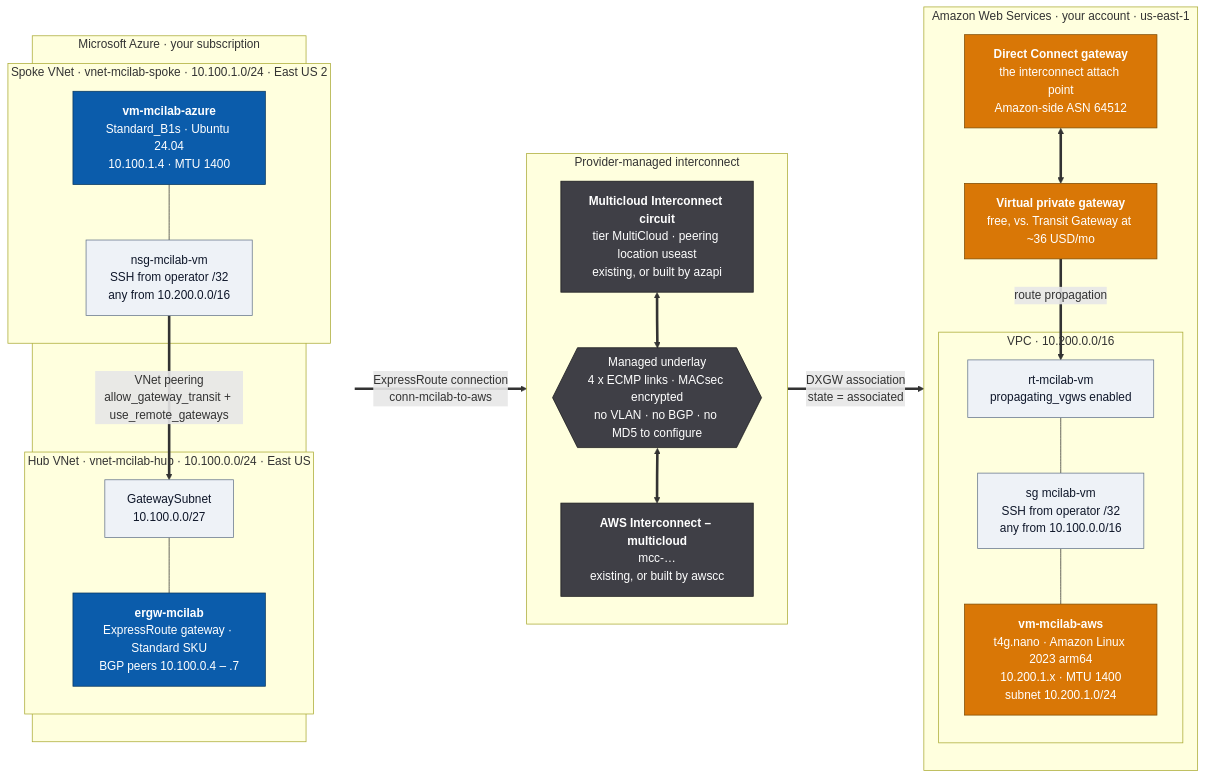
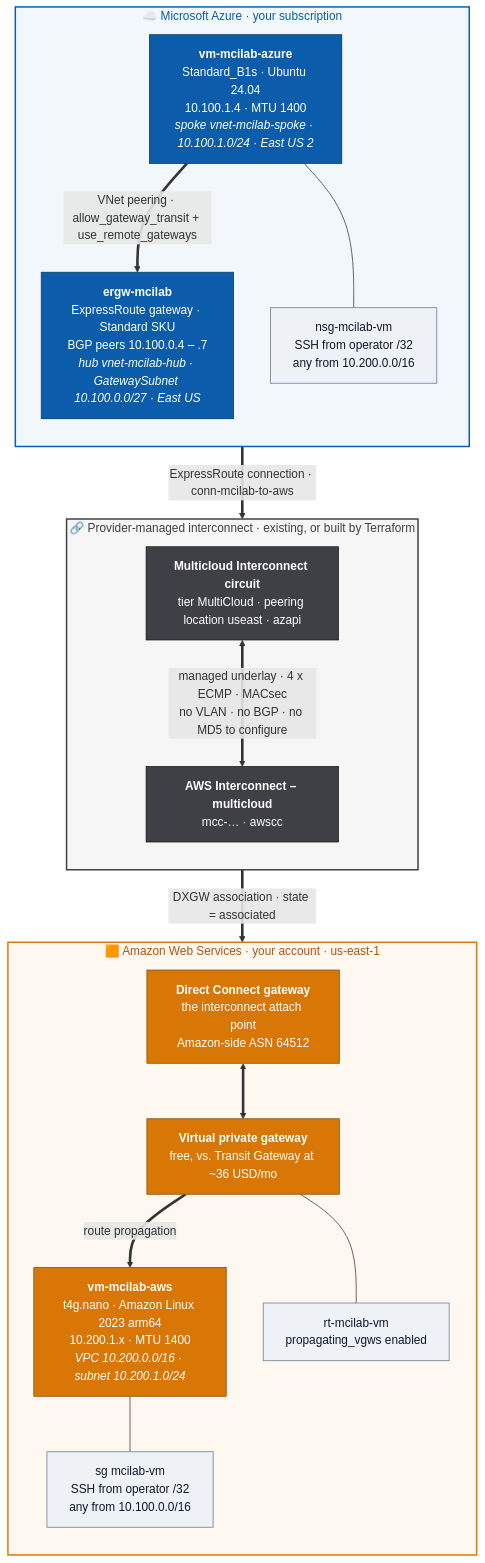
Before and after one commit to dmauser/azure-aws-interconnect-lab: the first of 2 diagrams in README.md, drawn with Mermaid.

Commit message:
Make the end-to-end topology diagram vertical
The flowchart LR layout rendered ~2000px wide and a few hundred tall, so
GitHub scaled it down until the node text was unreadable.

Switch to flowchart TB and fold the pass-through nodes (GatewaySubnet, route
table, the underlay hop) into labels and edge labels, which drops the diagram
from 12 ranks to 6 and gives a readable 784x1903 portrait. Also colour the
three bands to match their cloud and italicise the containing-network lines.

````diff
--- a/README.md
+++ b/README.md
@@ -8,49 +8,44 @@
 ```mermaid
-flowchart LR
+flowchart TB
     classDef azure  fill:#0B5CAB,stroke:#08375F,color:#FFFFFF
     classDef aws    fill:#D97706,stroke:#7C4A02,color:#FFFFFF
     classDef fabric fill:#3F3F46,stroke:#18181B,color:#FFFFFF
     classDef net    fill:#EEF2F7,stroke:#64748B,color:#0F172A
 
-    subgraph AZURE["Microsoft Azure · your subscription"]
+    subgraph AZURE["☁️ Microsoft Azure · your subscription"]
         direction TB
-        subgraph SPOKE["Spoke VNet · vnet-mcilab-spoke · 10.100.1.0/24 · East US 2"]
-            AZVM["<b>vm-mcilab-azure</b><br/>Standard_B1s · Ubuntu 24.04<br/>10.100.1.4 · MTU 1400"]:::azure
-            AZSEC["nsg-mcilab-vm<br/>SSH from operator /32<br/>any from 10.200.0.0/16"]:::net
-        end
-        subgraph HUB["Hub VNet · vnet-mcilab-hub · 10.100.0.0/24 · East US"]
-            GWSUB["GatewaySubnet<br/>10.100.0.0/27"]:::net
-            ERGW["<b>ergw-mcilab</b><br/>ExpressRoute gateway · Standard SKU<br/>BGP peers 10.100.0.4 – .7"]:::azure
-        end
+        AZVM["<b>vm-mcilab-azure</b><br/>Standard_B1s · Ubuntu 24.04<br/>10.100.1.4 · MTU 1400<br/><i>spoke vnet-mcilab-spoke · 10.100.1.0/24 · East US 2</i>"]:::azure
+        ERGW["<b>ergw-mcilab</b><br/>ExpressRoute gateway · Standard SKU<br/>BGP peers 10.100.0.4 – .7<br/><i>hub vnet-mcilab-hub · GatewaySubnet 10.100.0.0/27 · East US</i>"]:::azure
+        AZSEC["nsg-mcilab-vm<br/>SSH from operator /32<br/>any from 10.200.0.0/16"]:::net
     end
 
-    subgraph EDGE["Provider-managed interconnect"]
+    subgraph EDGE["🔗 Provider-managed interconnect · existing, or built by Terraform"]
         direction TB
-        CKT["<b>Multicloud Interconnect circuit</b><br/>tier MultiCloud · peering location useast<br/>existing, or built by azapi"]:::fabric
-        UNDERLAY{{"Managed underlay<br/>4 x ECMP links · MACsec encrypted<br/>no VLAN · no BGP · no MD5 to configure"}}:::fabric
-        ICX["<b>AWS Interconnect – multicloud</b><br/>mcc-…<br/>existing, or built by awscc"]:::fabric
+        CKT["<b>Multicloud Interconnect circuit</b><br/>tier MultiCloud · peering location useast · azapi"]:::fabric
+        ICX["<b>AWS Interconnect – multicloud</b><br/>mcc-… · awscc"]:::fabric
     end
 
-    subgraph AWSC["Amazon Web Services · your account · us-east-1"]
+    subgraph AWSC["🟧 Amazon Web Services · your account · us-east-1"]
         direction TB
         DXGW["<b>Direct Connect gateway</b><br/>the interconnect attach point<br/>Amazon-side ASN 64512"]:::aws
         VGW["<b>Virtual private gateway</b><br/>free, vs. Transit Gateway at ~36 USD/mo"]:::aws
-        subgraph VPC["VPC · 10.200.0.0/16"]
-            RT["rt-mcilab-vm<br/>propagating_vgws enabled"]:::net
-            AWSSEC["sg mcilab-vm<br/>SSH from operator /32<br/>any from 10.100.0.0/16"]:::net
-            AWSVM["<b>vm-mcilab-aws</b><br/>t4g.nano · Amazon Linux 2023 arm64<br/>10.200.1.x · MTU 1400<br/>subnet 10.200.1.0/24"]:::aws
-        end
+        AWSVM["<b>vm-mcilab-aws</b><br/>t4g.nano · Amazon Linux 2023 arm64<br/>10.200.1.x · MTU 1400<br/><i>VPC 10.200.0.0/16 · subnet 10.200.1.0/24</i>"]:::aws
+        AWSSEC["sg mcilab-vm<br/>SSH from operator /32<br/>any from 10.100.0.0/16"]:::net
+        RT["rt-mcilab-vm<br/>propagating_vgws enabled"]:::net
     end
 
+    AZVM ==>|"VNet peering · allow_gateway_transit + use_remote_gateways"| ERGW
+    ERGW ==>|"ExpressRoute connection · conn-mcilab-to-aws"| CKT
+    CKT <==>|"managed underlay · 4 x ECMP · MACsec<br/>no VLAN · no BGP · no MD5 to configure"| ICX
+    ICX ==>|"DXGW association · state = associated"| DXGW
+    DXGW <==> VGW
+    VGW ==>|"route propagation"| AWSVM
+
     AZVM --- AZSEC
-    AZSEC ==>|"VNet peering<br/>allow_gateway_transit + use_remote_gateways"| GWSUB
-    GWSUB --- ERGW
-    ERGW ==>|"ExpressRoute connection<br/>conn-mcilab-to-aws"| CKT
-    CKT <==> UNDERLAY
-    UNDERLAY <==> ICX
-    ICX ==>|"DXGW association<br/>state = associated"| DXGW
-    DXGW <==> VGW
-    VGW ==>|"route propagation"| RT
-    RT --- AWSSEC
-    AWSSEC --- AWSVM
+    AWSVM --- AWSSEC
+    VGW --- RT
+
+    style AZURE fill:#F2F7FC,stroke:#0B5CAB,stroke-width:2px,color:#0B5CAB
+    style EDGE  fill:#F6F6F7,stroke:#3F3F46,stroke-width:2px,color:#3F3F46
+    style AWSC  fill:#FEF8F1,stroke:#D97706,stroke-width:2px,color:#B45309
 ```
````
